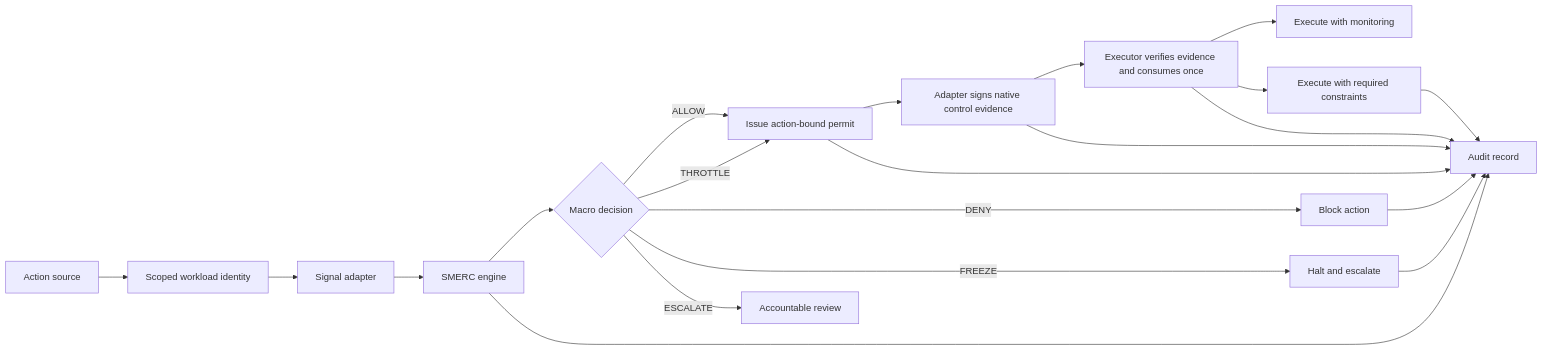
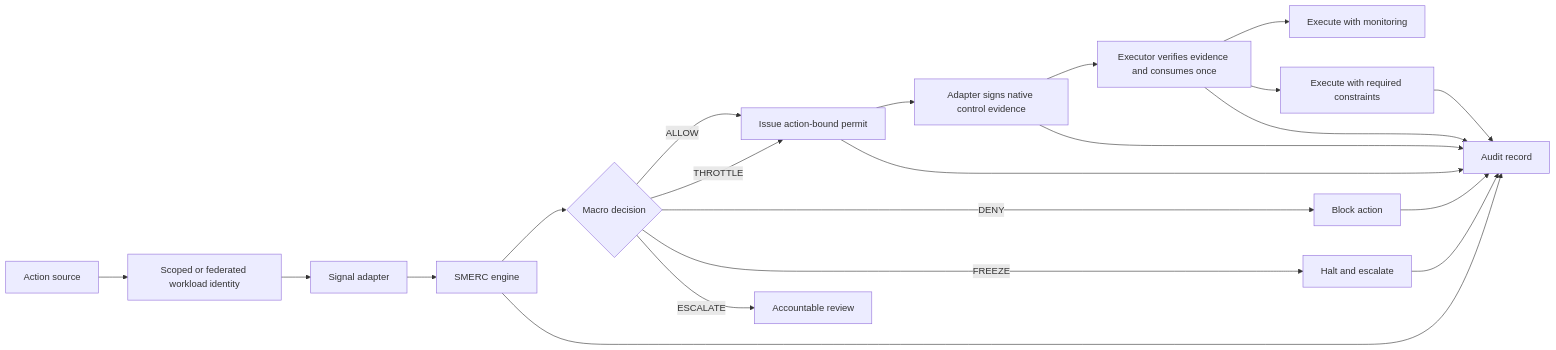
One commit to KingsMtn/SMERC-Runtime-Permission-Layer changed the diagram in architecture/System_Architecture.md. Above: the diagram before and after it, drawn with Mermaid. The commit also changed other lines of this file and 33 other files, not shown here.

````diff
--- a/architecture/System_Architecture.md
+++ b/architecture/System_Architecture.md
@@ -17,23 +17,23 @@
 ```mermaid
 flowchart LR
-  A["Action source"] --> W["Scoped workload identity"]
+  A["Action source"] --> W["Scoped or federated workload identity"]
   W --> B["Signal adapter"]
   B --> C["SMERC engine"]
   C --> D{"Macro decision"}
   D -->|"ALLOW"| P["Issue action-bound permit"]
   D -->|"THROTTLE"| P
   P --> R["Adapter signs native control evidence"]
   R --> V["Executor verifies evidence and consumes once"]
   V --> E["Execute with monitoring"]
   V --> F["Execute with required constraints"]
   D -->|"DENY"| G["Block action"]
   D -->|"FREEZE"| H["Halt and escalate"]
   D -->|"ESCALATE"| J["Accountable review"]
   C --> I["Audit record"]
   P --> I
   R --> I
   V --> I
   F --> I
   G --> I
   H --> I
 ```
````
